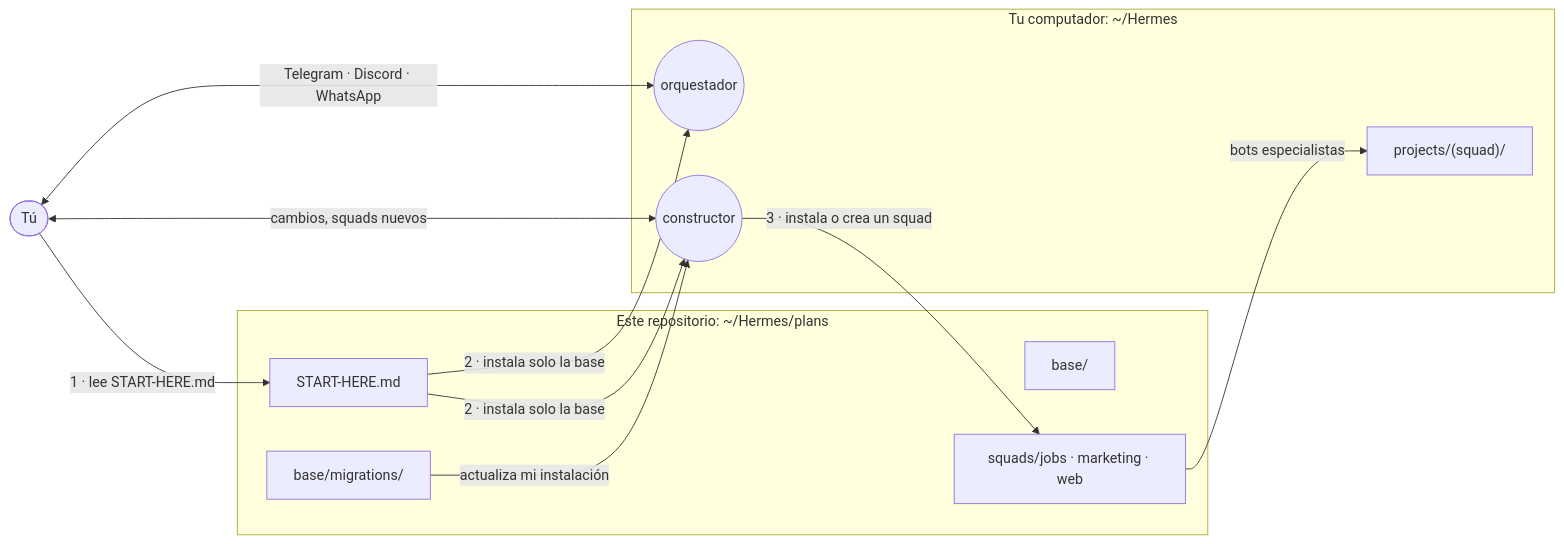
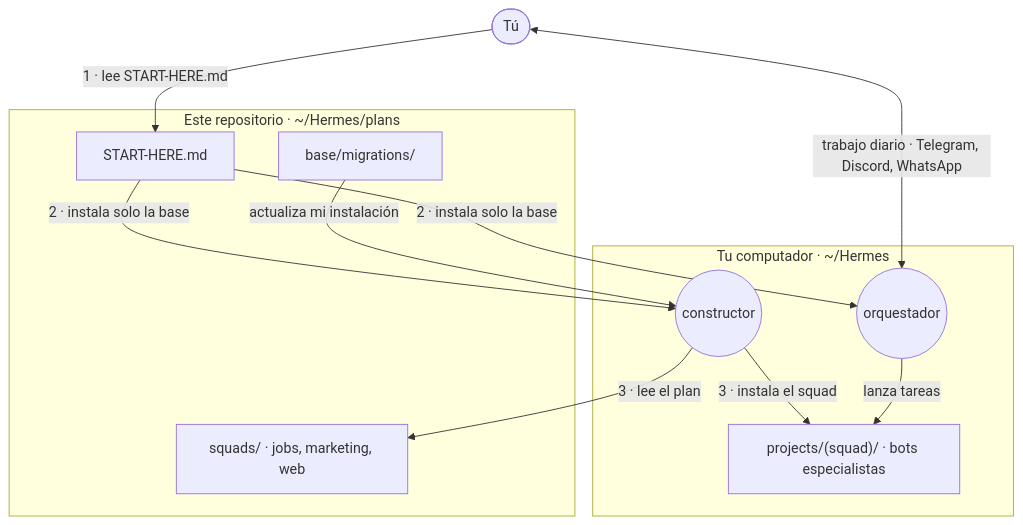
One commit to PuntoyComaTech/hermes-agent-squads changed the first of 2 diagrams in README.es.md. Above: the diagram before and after it, drawn with Mermaid. The commit also changed other lines of this file and 3 other files, not shown here.

Commit message:
docs: add AGENTS.md, vertical README diagrams, fix stripped placeholder

````diff
--- a/README.es.md
+++ b/README.es.md
@@ -14,21 +14,22 @@
 ```mermaid
-flowchart LR
-    subgraph repo["Este repositorio: ~/Hermes/plans"]
-        SH[START-HERE.md]
-        B[base/]
-        SQ[squads/jobs · marketing · web]
-        M[base/migrations/]
+flowchart TB
+    U([Tú])
+    subgraph repo["Este repositorio · ~/Hermes/plans"]
+        SH["START-HERE.md"]
+        SQ["squads/ · jobs, marketing, web"]
+        M["base/migrations/"]
     end
-    subgraph pc["Tu computador: ~/Hermes"]
-        O((orquestador))
-        BU((constructor))
-        P["projects/(squad)/"]
+    subgraph pc["Tu computador · ~/Hermes"]
+        O(("orquestador"))
+        BU(("constructor"))
+        P["projects/(squad)/ · bots especialistas"]
     end
-    U([Tú]) -- "1 · lee START-HERE.md" --> SH
-    SH -- "2 · instala solo la base" --> O & BU
-    BU -- "3 · instala o crea un squad" --> SQ
-    SQ -- bots especialistas --> P
-    M -- "actualiza mi instalación" --> BU
-    U <-- "Telegram · Discord · WhatsApp" --> O
-    U <-- "cambios, squads nuevos" --> BU
+    U -->|"1 · lee START-HERE.md"| SH
+    SH -->|"2 · instala solo la base"| O
+    SH -->|"2 · instala solo la base"| BU
+    BU -->|"3 · lee el plan"| SQ
+    BU -->|"3 · instala el squad"| P
+    M -->|"actualiza mi instalación"| BU
+    U <-->|"trabajo diario · Telegram, Discord, WhatsApp"| O
+    O -->|"lanza tareas"| P
 ```
````
